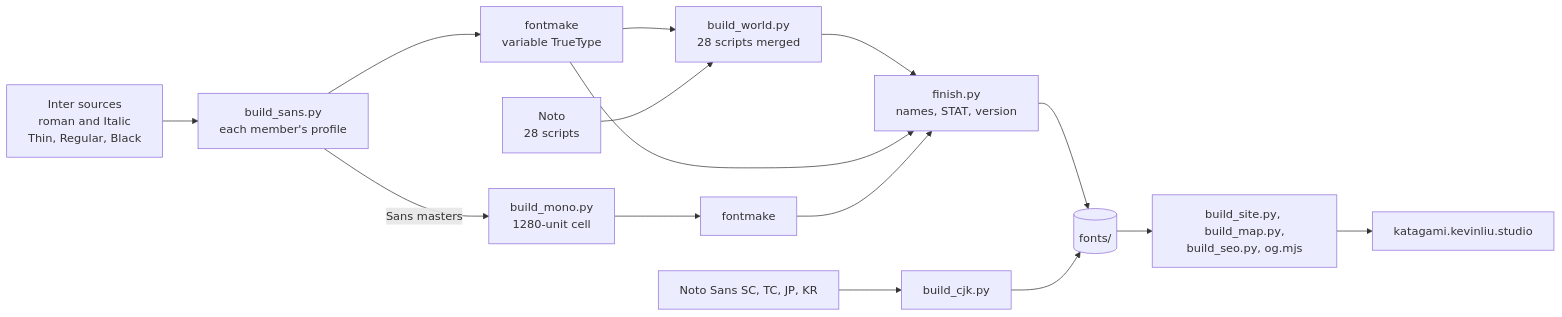
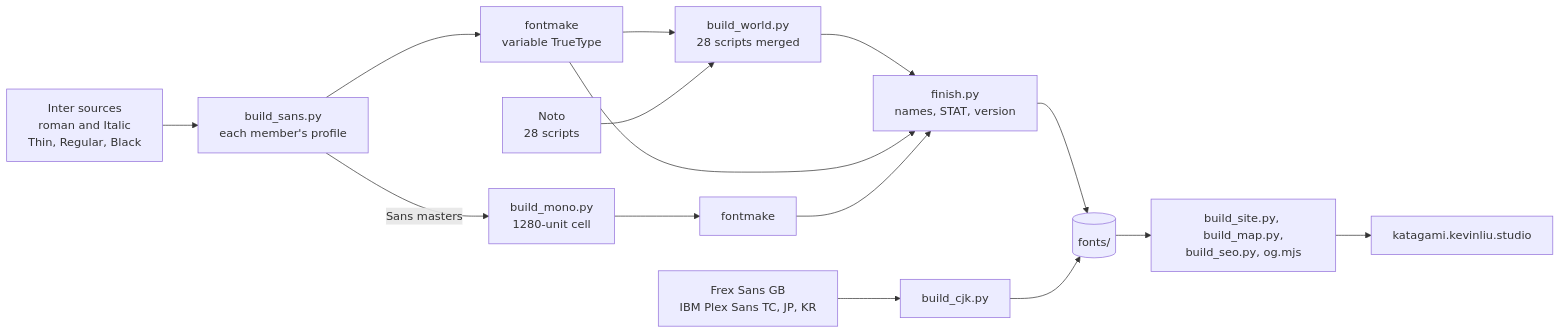
The diagram in README.md (Kevin-Liu-01/Katagami), drawn with Mermaid before and after one commit. The commit also changed other lines of this file and 15 other files, not shown here.

First line of the commit message:
Fonts: Katagami CJK SC, TC, JP and KR from Frex Sans GB and IBM Plex Sans TC, JP and KR

````diff
--- a/README.md
+++ b/README.md
@@ -156,17 +156,17 @@
 ```mermaid
 flowchart LR
   inter["Inter sources<br/>roman and Italic<br/>Thin, Regular, Black"] --> sans["build_sans.py<br/>each member's profile"]
   sans --> fontmake["fontmake<br/>variable TrueType"]
   fontmake --> world["build_world.py<br/>28 scripts merged"]
   noto["Noto<br/>28 scripts"] --> world
   sans -- "Sans masters" --> mono["build_mono.py<br/>1280-unit cell"]
   mono --> fontmake2["fontmake"]
-  notocjk["Noto Sans SC, TC, JP, KR"] --> cjk["build_cjk.py"]
+  plexcjk["Frex Sans GB<br/>IBM Plex Sans TC, JP, KR"] --> cjk["build_cjk.py"]
   world --> finish["finish.py<br/>names, STAT, version"]
   fontmake --> finish
   fontmake2 --> finish
   finish --> fonts[("fonts/")]
   cjk --> fonts
   fonts --> site["build_site.py, build_map.py,<br/>build_seo.py, og.mjs"]
   site --> web["katagami.kevinliu.studio"]
 ```
````
